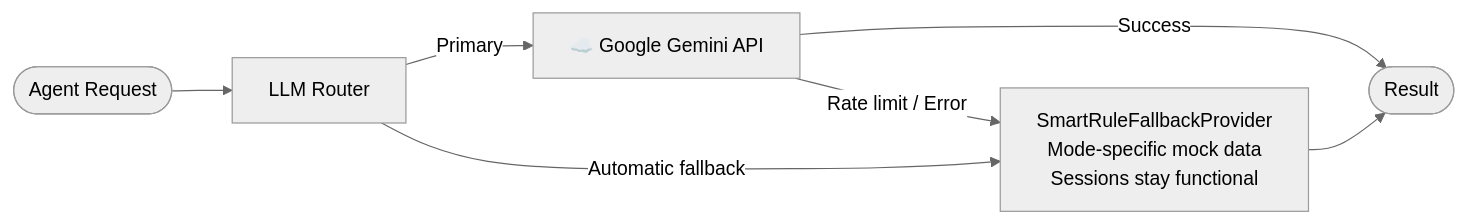
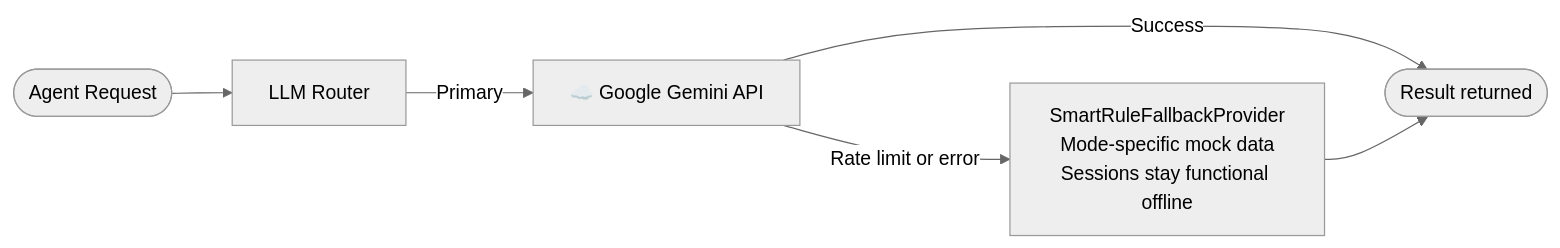
One commit to Anu7276/VIVORA changed the fifth of 8 diagrams in README.md. Above: the diagram before and after it, drawn with Mermaid (neutral theme). The commit also changed other lines of this file, not shown here.

Commit message:
fix: escape special chars in Mermaid diagrams - fix curly brace parse errors

````diff
--- a/README.md
+++ b/README.md
@@ -573,11 +519,8 @@
 ```mermaid
 flowchart LR
-    REQ([Agent Request]) --> ROUTER[LLM Router]
-
-    ROUTER -->|Primary| GEMINI[☁️ Google Gemini API]
-    GEMINI -->|Success| RESULT([Result])
-    GEMINI -->|Rate limit / Error| FB
-
-    ROUTER -->|Automatic fallback| FB[SmartRuleFallbackProvider\nMode-specific mock data\nSessions stay functional]
-    FB --> RESULT
+    REQ(["Agent Request"]) --> ROUTER["LLM Router"]
+    ROUTER -->|"Primary"| GEM["☁️ Google Gemini API"]
+    GEM -->|"Success"| OUT(["Result returned"])
+    GEM -->|"Rate limit or error"| FB["SmartRuleFallbackProvider\nMode-specific mock data\nSessions stay functional offline"]
+    FB --> OUT
 ```
````
